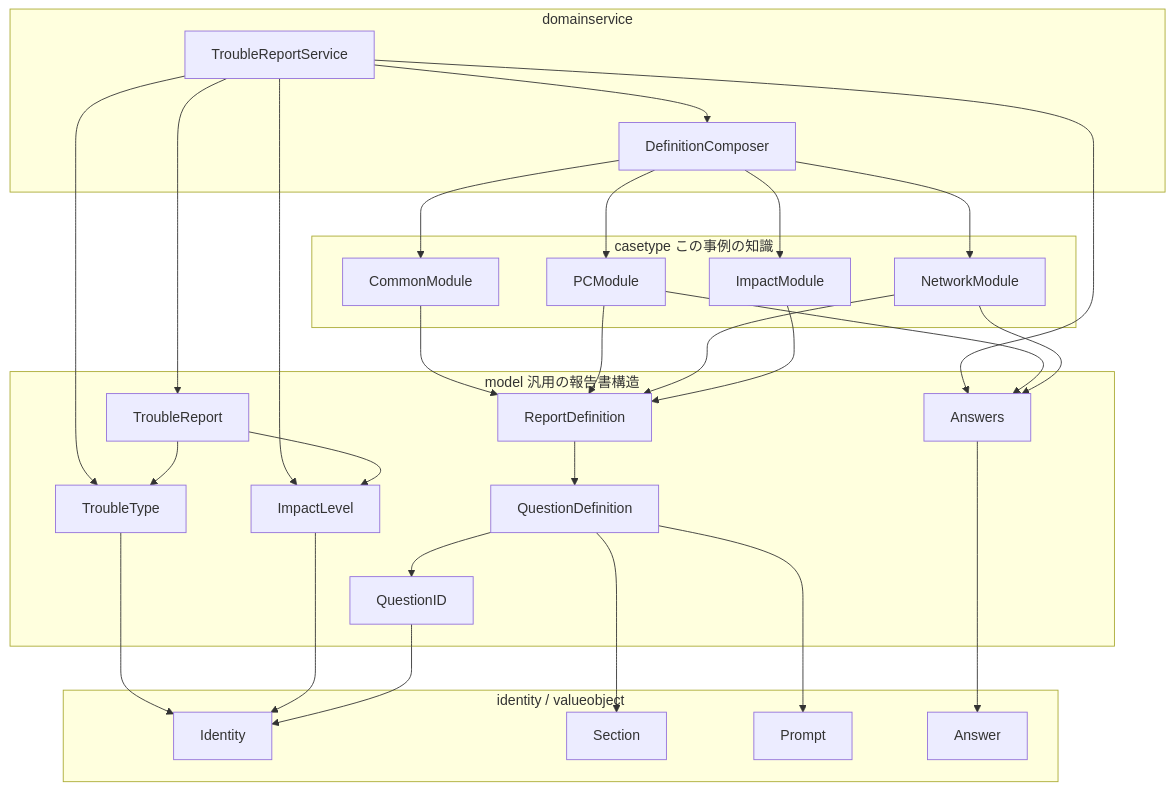
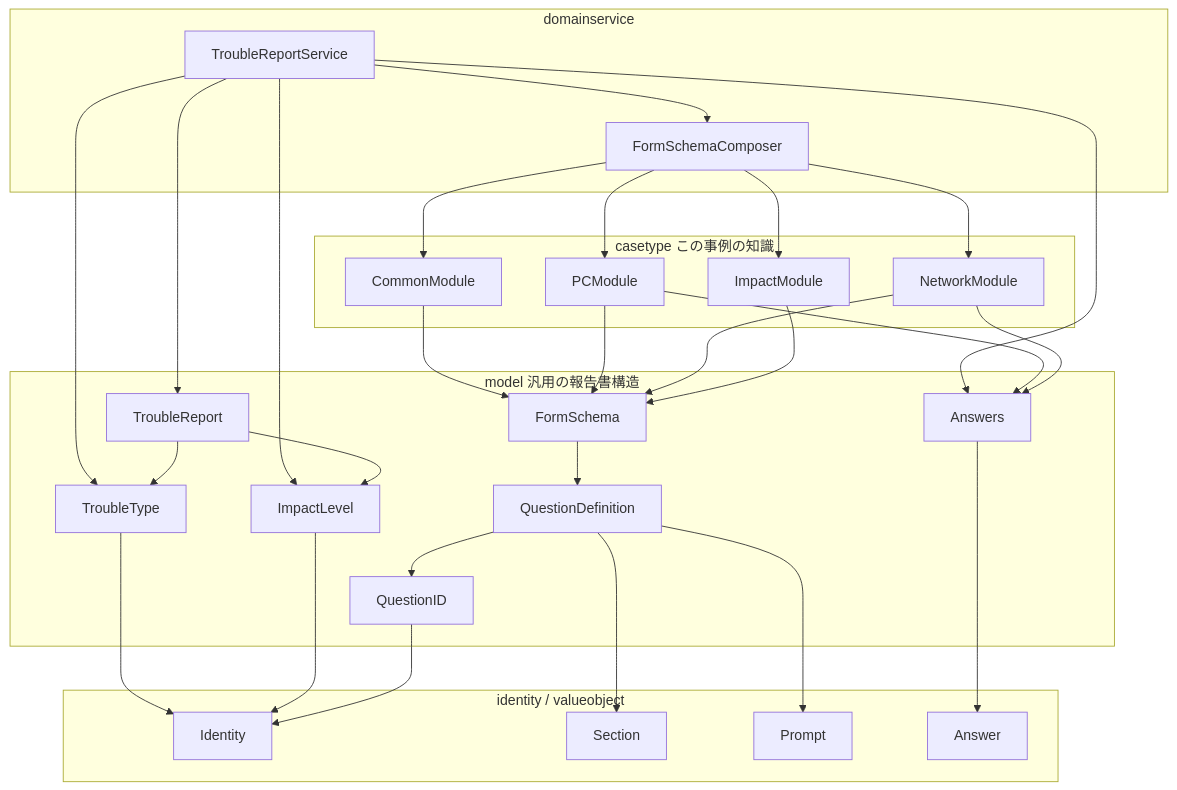
One commit to kouji0705/domain_service_study changed the third of 5 diagrams in README.md. Above: the diagram before and after it, drawn with Mermaid. The commit also changed other lines of this file and 27 other files, not shown here.

````diff
--- a/README.md
+++ b/README.md
@@ -95,57 +95,57 @@
 ```mermaid
 flowchart TB
   subgraph ds["domainservice"]
     svc[TroubleReportService]
-    composer[DefinitionComposer]
+    composer[FormSchemaComposer]
   end
 
   subgraph ct["casetype  この事例の知識"]
     common[CommonModule]
     pc[PCModule]
     net[NetworkModule]
     impact[ImpactModule]
   end
 
   subgraph md["model  汎用の報告書構造"]
     report[TroubleReport]
-    def[ReportDefinition]
+    def[FormSchema]
     qdef[QuestionDefinition]
     answers[Answers]
     tt[TroubleType]
     il[ImpactLevel]
     qid[QuestionID]
   end
 
   subgraph leaf["identity / valueobject"]
     id[Identity]
     section[Section]
     prompt[Prompt]
     answer[Answer]
   end
 
   svc --> composer
   svc --> report
   svc --> answers
   svc --> tt
   svc --> il
   composer --> common
   composer --> pc
   composer --> net
   composer --> impact
   common --> def
   pc --> def
   net --> def
   impact --> def
   pc --> answers
   net --> answers
   def --> qdef
   qdef --> qid
   qdef --> section
   qdef --> prompt
   report --> tt
   report --> il
   tt --> id
   il --> id
   qid --> id
   answers --> answer
 ```
````
